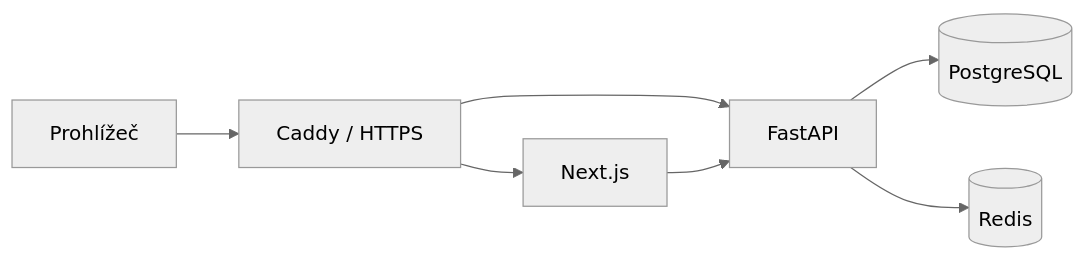
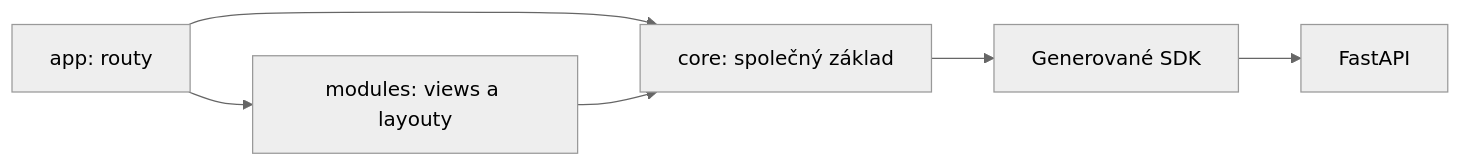
The diagram in docs/architecture.md (bodhq/bod), drawn with Mermaid (neutral theme) before and after one commit. The commit also changed other lines of this file and 126 other files, not shown here.

````diff
--- a/docs/architecture.md
+++ b/docs/architecture.md
@@ -60,9 +25,8 @@
 ```mermaid
 flowchart LR
-    browser[Prohlížeč] --> caddy[Caddy / HTTPS]
-    caddy --> web[Next.js]
-    caddy --> api[FastAPI]
-    web --> api
-    api --> db[(PostgreSQL)]
-    api --> redis[(Redis)]
+    app[app: routy] --> modules[modules: views a layouty]
+    app --> core[core: společný základ]
+    modules --> core
+    core --> sdk[Generované SDK]
+    sdk --> api[FastAPI]
 ```
````
